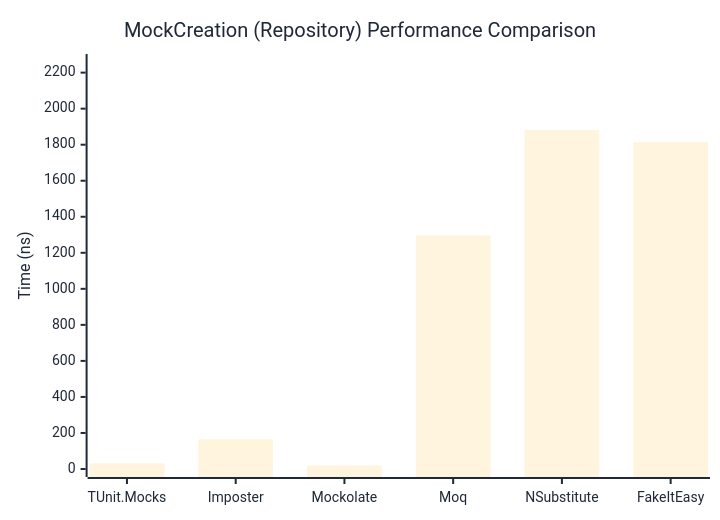
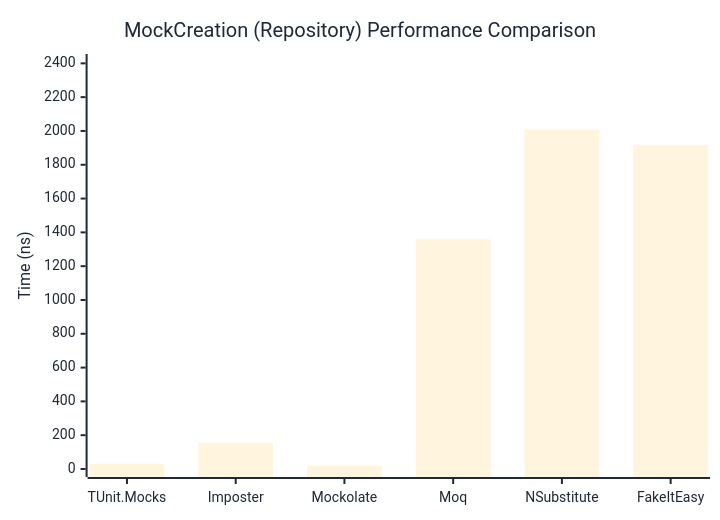
The second of 2 diagrams in docs/docs/benchmarks/mocks/MockCreation.md (thomhurst/TUnit), drawn with Mermaid before and after one commit. The commit also changed other lines of this file and 14 other files, not shown here.

````diff
--- a/docs/docs/benchmarks/mocks/MockCreation.md
+++ b/docs/docs/benchmarks/mocks/MockCreation.md
@@ -71,27 +71,27 @@
 ```mermaid
 %%{init: {
   'theme':'base',
   'themeVariables': {
     'primaryColor': '#2563eb',
     'primaryTextColor': '#1f2937',
     'primaryBorderColor': '#1e40af',
     'lineColor': '#6b7280',
     'secondaryColor': '#7c3aed',
     'tertiaryColor': '#dc2626',
     'background': '#ffffff',
     'pie1': '#2563eb',
     'pie2': '#7c3aed',
     'pie3': '#dc2626',
     'pie4': '#f59e0b',
     'pie5': '#10b981',
     'pie6': '#06b6d4',
     'pie7': '#ec4899',
     'pie8': '#6366f1'
   }
 }}%%
 xychart-beta
   title "MockCreation (Repository) Performance Comparison"
   x-axis ["TUnit.Mocks", "Imposter", "Mockolate", "Moq", "NSubstitute", "FakeItEasy"]
-  y-axis "Time (ns)" 0 --> 2259
-  bar [31.5, 165.46, 19.49, 1296.18, 1881.74, 1814.03]
+  y-axis "Time (ns)" 0 --> 2408
+  bar [30.81, 154.82, 19.57, 1357.99, 2006.26, 1915.62]
 ```
````
